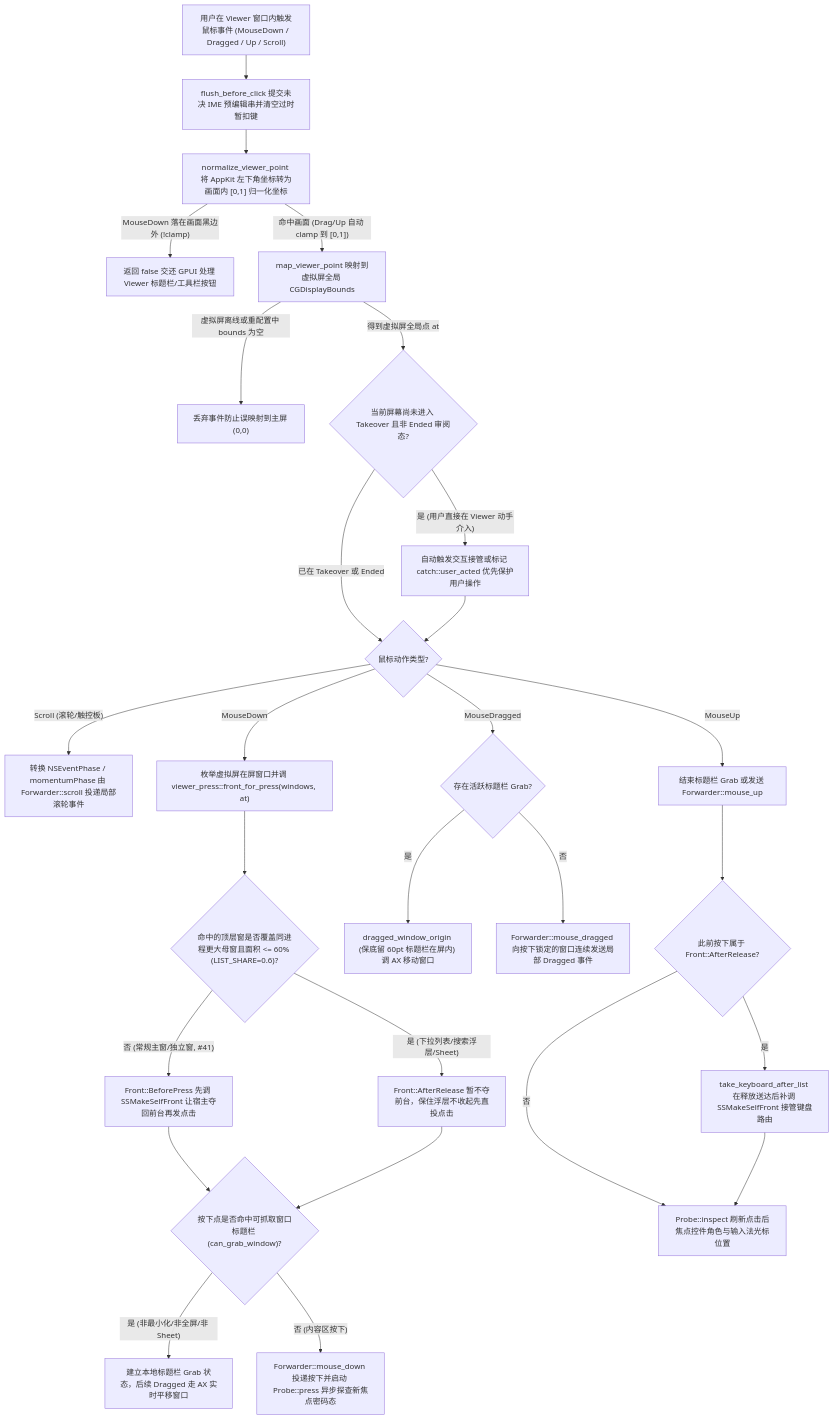
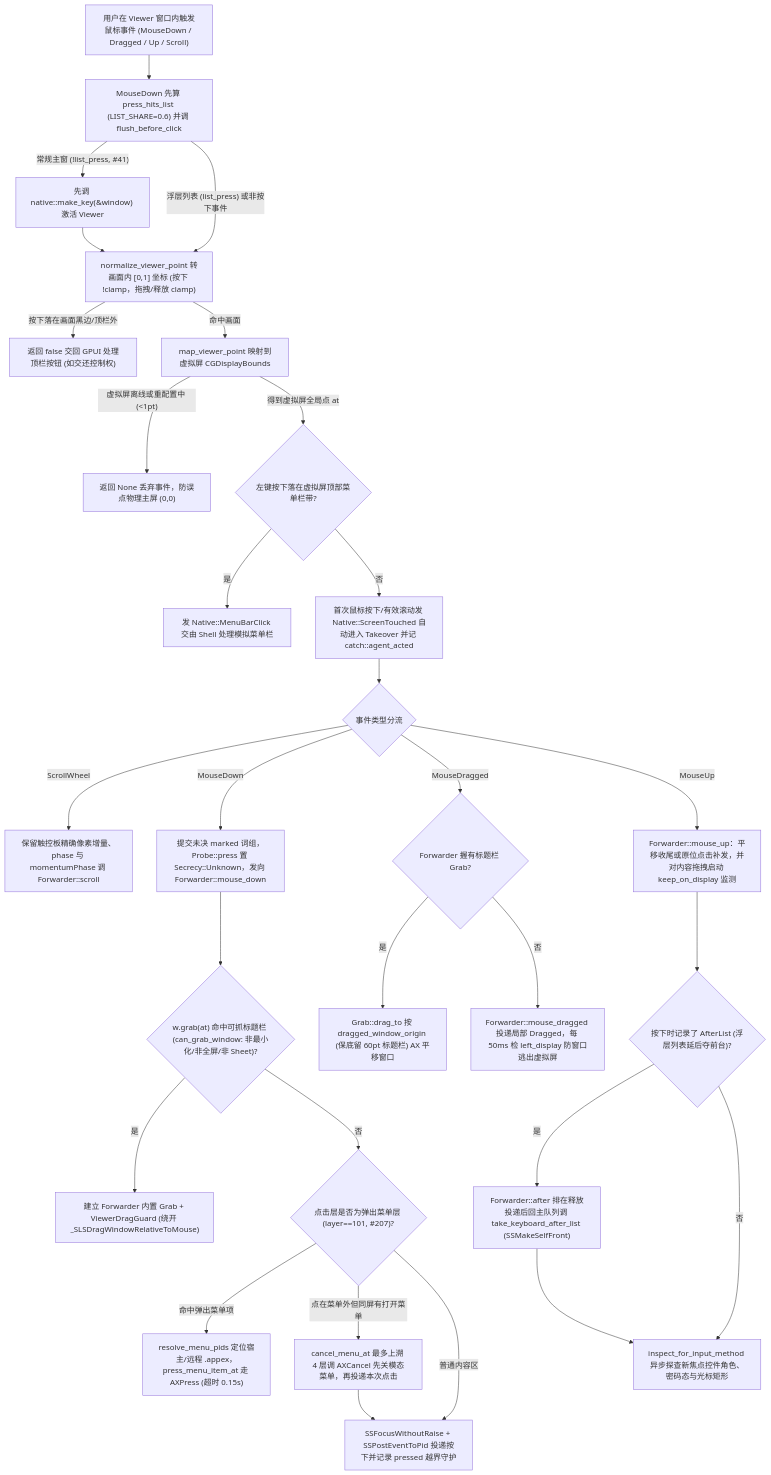
Before and after one commit to Fanzzzd/agent-screen: the first of 2 diagrams in docs/flows/07-viewer-input.md, drawn with Mermaid. The commit also changed other lines of this file and 16 other files, not shown here.

First line of the commit message:
docs(docs): audit flow maps row by row with source quotes

````diff
--- a/docs/flows/07-viewer-input.md
+++ b/docs/flows/07-viewer-input.md
@@ -15,29 +15,31 @@
 ```mermaid
 flowchart TD
-    V1["用户在 Viewer 窗口内触发鼠标事件 (MouseDown / Dragged / Up / Scroll)"] --> V2["flush_before_click 提交未决 IME 预编辑串并清空过时暂扣键"]
-    V2 --> V3["normalize_viewer_point 将 AppKit 左下角坐标转为画面内 [0,1] 归一化坐标"]
-    V3 -->|"MouseDown 落在画面黑边外 (!clamp)"| VX1["返回 false 交还 GPUI 处理 Viewer 标题栏/工具栏按钮"]
-    V3 -->|"命中画面 (Drag/Up 自动 clamp 到 [0,1])"| V4["map_viewer_point 映射到虚拟屏全局 CGDisplayBounds"]
-    V4 -->|"虚拟屏离线或重配置中 bounds 为空"| VX2["丢弃事件防止误映射到主屏 (0,0)"]
-    V4 -->|"得到虚拟屏全局点 at"| V5{"当前屏幕尚未进入 Takeover 且非 Ended 审阅态?"}
-    V5 -->|"是 (用户直接在 Viewer 动手介入)"| V6["自动触发交互接管或标记 catch::user_acted 优先保护用户操作"]
-    V5 -->|"已在 Takeover 或 Ended"| V7{"鼠标动作类型?"}
-    V6 --> V7
-    V7 -->|"Scroll (滚轮/触控板)"| S1["转换 NSEventPhase / momentumPhase 由 Forwarder::scroll 投递局部滚轮事件"]
-    V7 -->|"MouseDown"| M1["枚举虚拟屏在屏窗口并调 viewer_press::front_for_press(windows, at)"]
-    M1 --> M2{"命中的顶层窗是否覆盖同进程更大母窗且面积 <= 60% (LIST_SHARE=0.6)?"}
-    M2 -->|"否 (常规主窗/独立窗, #41)"| M3["Front::BeforePress 先调 SSMakeSelfFront 让宿主夺回前台再发点击"]
-    M2 -->|"是 (下拉列表/搜索浮层/Sheet)"| M4["Front::AfterRelease 暂不夺前台，保住浮层不收起先直投点击"]
-    M3 --> M5{"按下点是否命中可抓取窗口标题栏 (can_grab_window)?"}
-    M4 --> M5
-    M5 -->|"是 (非最小化/非全屏/非 Sheet)"| G1["建立本地标题栏 Grab 状态，后续 Dragged 走 AX 实时平移窗口"]
-    M5 -->|"否 (内容区按下)"| G2["Forwarder::mouse_down 投递按下并启动 Probe::press 异步探查新焦点密码态"]
-    V7 -->|"MouseDragged"| D1{"存在活跃标题栏 Grab?"}
-    D1 -->|"是"| D2["dragged_window_origin (保底留 60pt 标题栏在屏内) 调 AX 移动窗口"]
-    D1 -->|"否"| D3["Forwarder::mouse_dragged 向按下锁定的窗口连续发送局部 Dragged 事件"]
-    V7 -->|"MouseUp"| U1["结束标题栏 Grab 或发送 Forwarder::mouse_up"]
-    U1 --> U2{"此前按下属于 Front::AfterRelease?"}
-    U2 -->|"是"| U3["take_keyboard_after_list 在释放送达后补调 SSMakeSelfFront 接管键盘路由"]
-    U2 -->|"否"| U4["Probe::inspect 刷新点击后焦点控件角色与输入法光标位置"]
+    V1["用户在 Viewer 窗口内触发鼠标事件 (MouseDown / Dragged / Up / Scroll)"] --> V2["MouseDown 先算 press_hits_list (LIST_SHARE=0.6) 并调 flush_before_click"]
+    V2 -->|"常规主窗 (!list_press, #41)"| M_PRE["先调 native::make_key(&window) 激活 Viewer"]
+    V2 -->|"浮层列表 (list_press) 或非按下事件"| V3["normalize_viewer_point 转画面内 [0,1] 坐标 (按下 !clamp，拖拽/释放 clamp)"]
+    M_PRE --> V3
+    V3 -->|"按下落在画面黑边/顶栏外"| VX1["返回 false 交回 GPUI 处理顶栏按钮 (如交还控制权)"]
+    V3 -->|"命中画面"| V4["map_viewer_point 映射到虚拟屏 CGDisplayBounds"]
+    V4 -->|"虚拟屏离线或重配置中 (<1pt)"| VX2["返回 None 丢弃事件，防误点物理主屏 (0,0)"]
+    V4 -->|"得到虚拟屏全局点 at"| V5{"左键按下落在虚拟屏顶部菜单栏带?"}
+    V5 -->|"是"| VX_MB["发 Native::MenuBarClick 交由 Shell 处理模拟菜单栏"]
+    V5 -->|"否"| V6["首次鼠标按下/有效滚动发 Native::ScreenTouched 自动进入 Takeover 并记 catch::agent_acted"]
+    V6 --> V7{"事件类型分流"}
+    V7 -->|"ScrollWheel"| S1["保留触控板精确像素增量、phase 与 momentumPhase 调 Forwarder::scroll"]
+    V7 -->|"MouseDown"| G0["提交未决 marked 词组，Probe::press 置 Secrecy::Unknown，发向 Forwarder::mouse_down"]
+    G0 --> G1{"w.grab(at) 命中可抓标题栏 (can_grab_window: 非最小化/非全屏/非 Sheet)?"}
+    G1 -->|"是"| G2["建立 Forwarder 内置 Grab + ViewerDragGuard (绕开 _SLSDragWindowRelativeToMouse)"]
+    G1 -->|"否"| G3{"点击层是否为弹出菜单层 (layer==101, #207)?"}
+    G3 -->|"命中弹出菜单项"| G_MENU["resolve_menu_pids 定位宿主/远程 .appex，press_menu_item_at 走 AXPress (超时 0.15s)"]
+    G3 -->|"点在菜单外但同屏有打开菜单"| G_CANCEL["cancel_menu_at 最多上溯 4 层调 AXCancel 先关模态菜单，再投递本次点击"]
+    G3 -->|"普通内容区"| G4["SSFocusWithoutRaise + SSPostEventToPid 投递按下并记录 pressed 越界守护"]
+    G_CANCEL --> G4
+    V7 -->|"MouseDragged"| D1{"Forwarder 握有标题栏 Grab?"}
+    D1 -->|"是"| D2["Grab::drag_to 按 dragged_window_origin (保底留 60pt 标题栏) AX 平移窗口"]
+    D1 -->|"否"| D3["Forwarder::mouse_dragged 投递局部 Dragged，每 50ms 检 left_display 防窗口逃出虚拟屏"]
+    V7 -->|"MouseUp"| U1["Forwarder::mouse_up：平移收尾或原位点击补发，并对内容拖拽启动 keep_on_display 监测"]
+    U1 --> U2{"按下时记录了 AfterList (浮层列表延后夺前台)?"}
+    U2 -->|"是"| U3["Forwarder::after 排在释放投递后回主队列调 take_keyboard_after_list (SSMakeSelfFront)"]
+    U2 -->|"否"| U4["inspect_for_input_method 异步探查新焦点控件角色、密码态与光标矩形"]
     U3 --> U4
 ```
````
